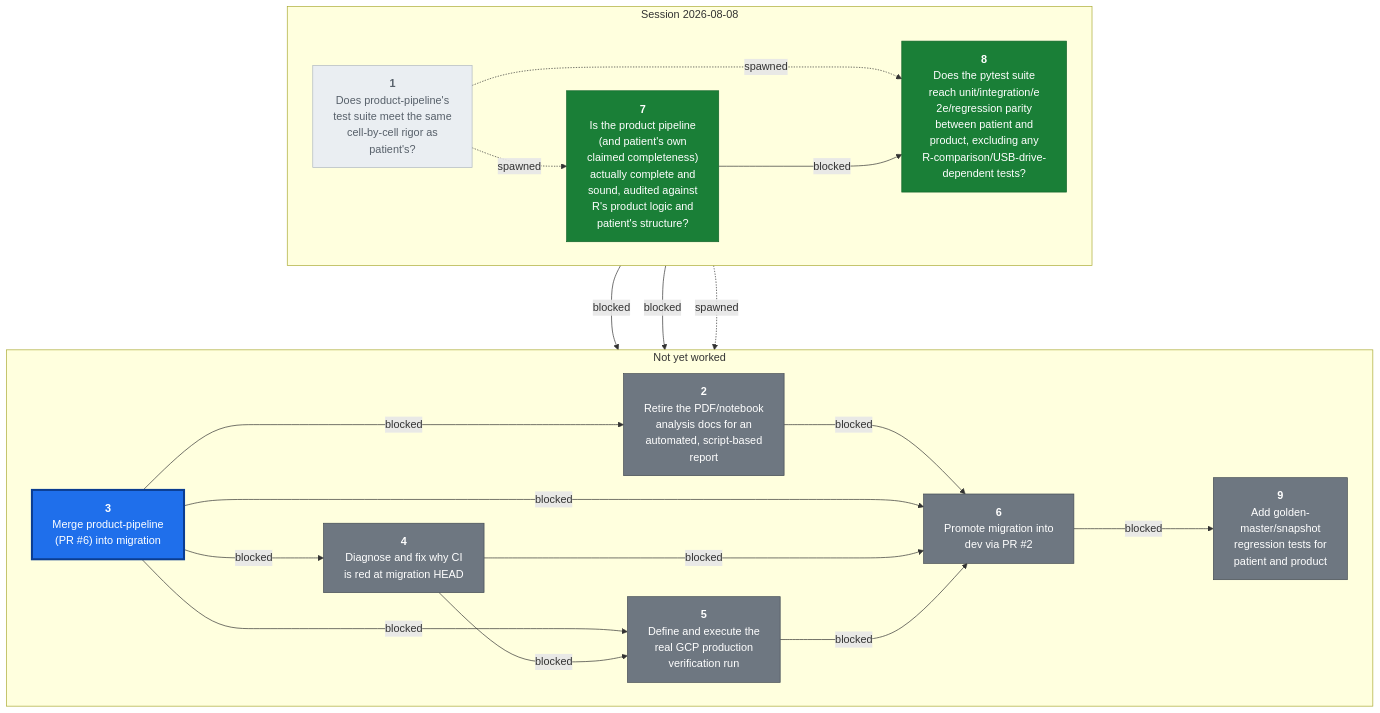
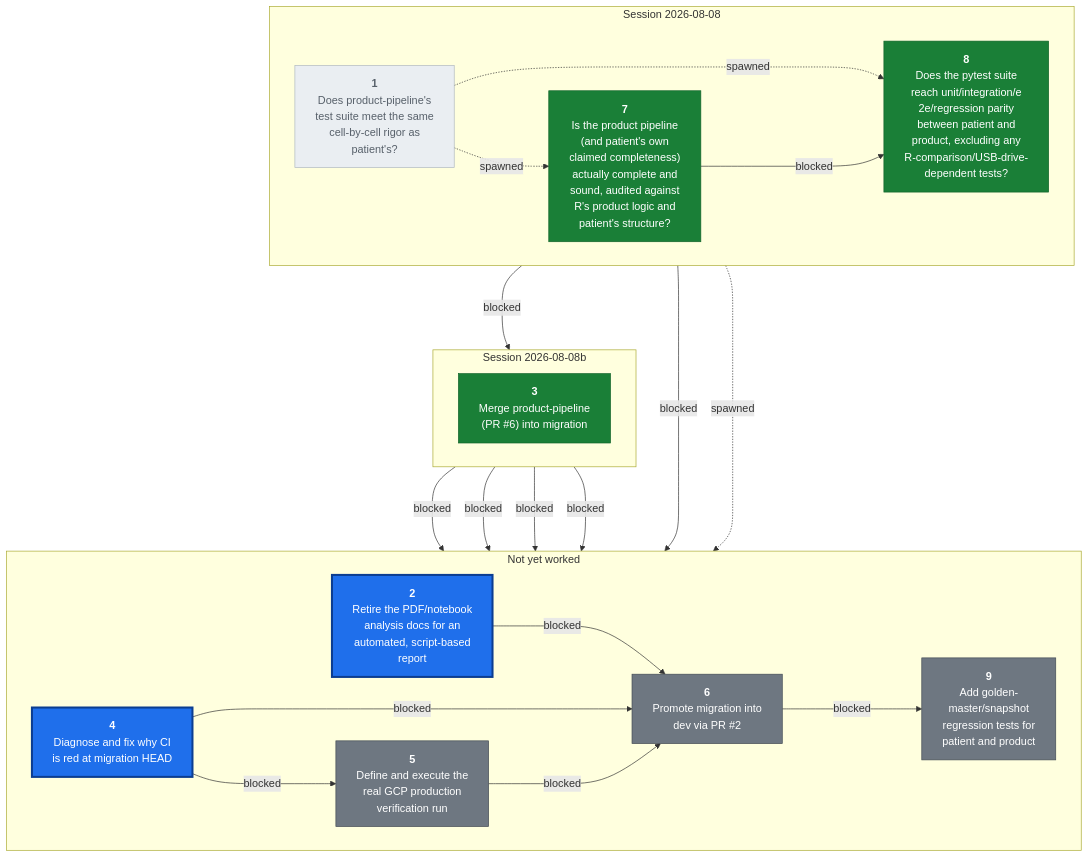
Before and after one commit to CorrelAid/a4d: the second of 2 diagrams in docs/wayfinder/map.md, drawn with Mermaid. The commit also changed other lines of this file and 5 other files, not shown here.

````diff
--- a/docs/wayfinder/map.md
+++ b/docs/wayfinder/map.md
@@ -258,45 +276,49 @@
 ```mermaid
 flowchart TB
   subgraph S2026_08_08["Session 2026-08-08"]
     direction LR
     U1["<b>1</b><br/>Does product-pipeline's<br/>test suite meet the same<br/>cell-by-cell rigor as<br/>patient's?"]
     U7["<b>7</b><br/>Is the product pipeline<br/>(and patient's own<br/>claimed completeness)<br/>actually complete and<br/>sound, audited against<br/>R's product logic and<br/>patient's structure?"]
     U8["<b>8</b><br/>Does the pytest suite<br/>reach unit/integration/e<br/>2e/regression parity<br/>between patient and<br/>product, excluding any<br/>R-comparison/USB-drive-<br/>dependent tests?"]
   end
+  subgraph S2026_08_08b["Session 2026-08-08b"]
+    direction LR
+    U3["<b>3</b><br/>Merge product-pipeline<br/>(PR #6) into migration"]
+  end
   subgraph Sopen["Not yet worked"]
     direction LR
     U2["<b>2</b><br/>Retire the PDF/notebook<br/>analysis docs for an<br/>automated, script-based<br/>report"]
-    U3["<b>3</b><br/>Merge product-pipeline<br/>(PR #6) into migration"]
     U4["<b>4</b><br/>Diagnose and fix why CI<br/>is red at migration HEAD"]
     U5["<b>5</b><br/>Define and execute the<br/>real GCP production<br/>verification run"]
     U6["<b>6</b><br/>Promote migration into<br/>dev via PR #2"]
     U9["<b>9</b><br/>Add golden-<br/>master/snapshot<br/>regression tests for<br/>patient and product"]
   end
 
-  S2026_08_08 ~~~ Sopen
+  S2026_08_08 ~~~ S2026_08_08b
+  S2026_08_08b ~~~ Sopen
 
   U3 --->|blocked| U2
   U8 --->|blocked| U3
   U3 --->|blocked| U4
   U3 --->|blocked| U5
   U4 --->|blocked| U5
   U8 --->|blocked| U6
   U2 --->|blocked| U6
   U3 --->|blocked| U6
   U4 --->|blocked| U6
   U5 --->|blocked| U6
   U1 -.->|spawned| U7
   U1 -.->|spawned| U8
   U7 --->|blocked| U8
   U8 -.->|spawned| U9
   U6 --->|blocked| U9
 
   classDef tfrontier fill:#1f6feb,stroke:#0b3d91,stroke-width:3px,color:#ffffff
-  class U3 tfrontier
+  class U2,U4 tfrontier
   classDef tblocked fill:#6e7781,stroke:#424a53,stroke-width:1px,color:#ffffff
-  class U2,U4,U5,U6,U9 tblocked
+  class U5,U6,U9 tblocked
   classDef tdecided fill:#1a7f37,stroke:#116329,stroke-width:1px,color:#ffffff
-  class U7,U8 tdecided
+  class U3,U7,U8 tdecided
   classDef tdropped fill:#eaeef2,stroke:#afb8c1,stroke-width:1px,color:#57606a
   class U1 tdropped
 ```
````
